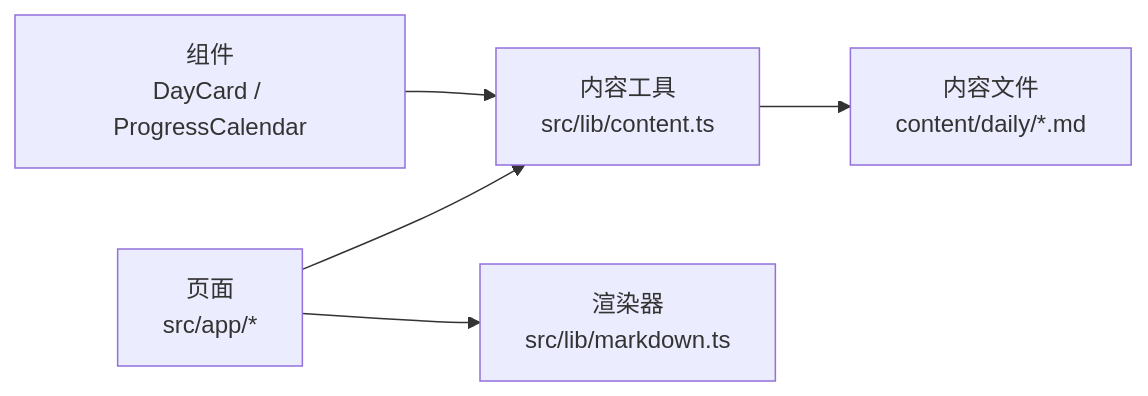
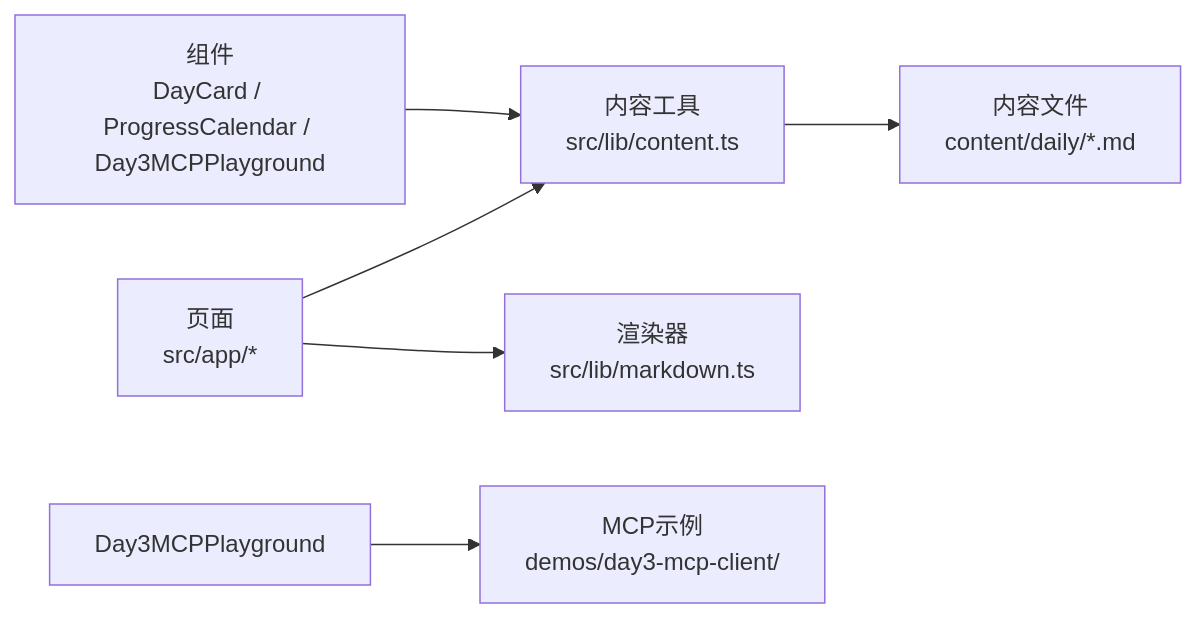
The third of 4 diagrams in .qoder/repowiki/zh/content/每日学习内容.md (Leslie-Chuan/classic-example), drawn with Mermaid before and after one commit. The commit also changed other lines of this file and 45 other files, not shown here.

````diff
--- a/.qoder/repowiki/zh/content/每日学习内容.md
+++ b/.qoder/repowiki/zh/content/每日学习内容.md
@@ -190,7 +226,8 @@
 ```mermaid
 graph LR
 Page["页面<br/>src/app/*"] --> Content["内容工具<br/>src/lib/content.ts"]
 Page --> MD["渲染器<br/>src/lib/markdown.ts"]
-Components["组件<br/>DayCard / ProgressCalendar"] --> Content
+Components["组件<br/>DayCard / ProgressCalendar / Day3MCPPlayground"] --> Content
 Content --> Files["内容文件<br/>content/daily/*.md"]
+Day3MCPPlayground --> MCPEx["MCP示例<br/>demos/day3-mcp-client/"]
 ```
````
